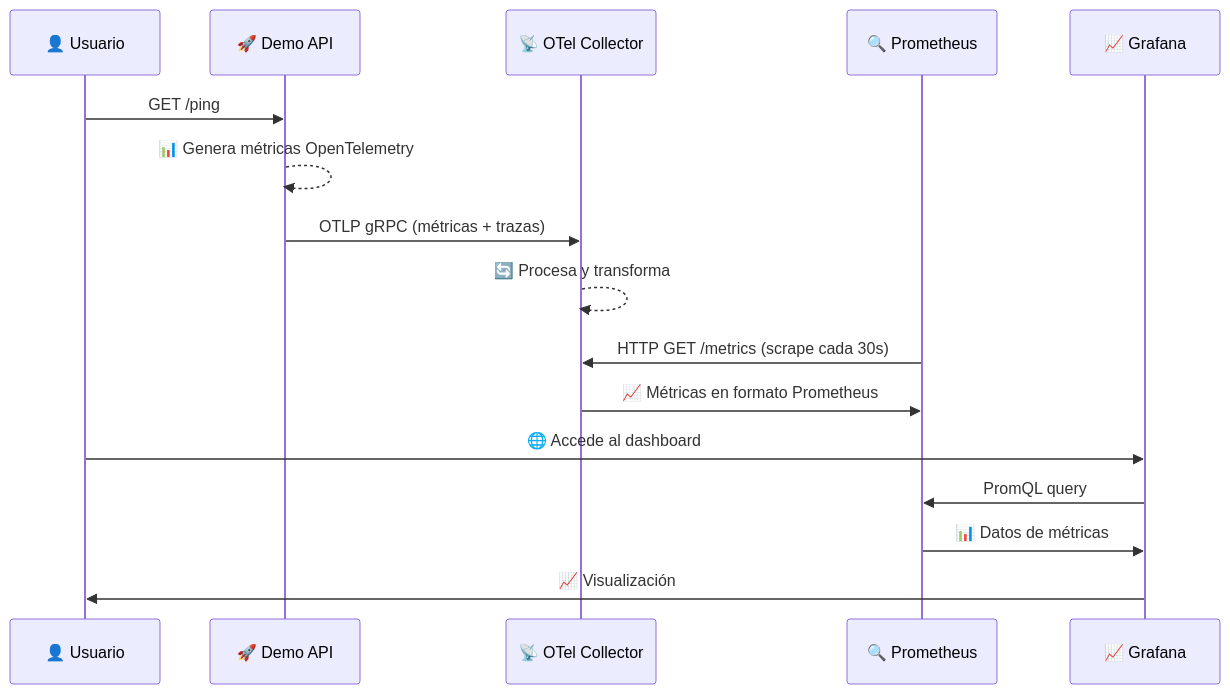
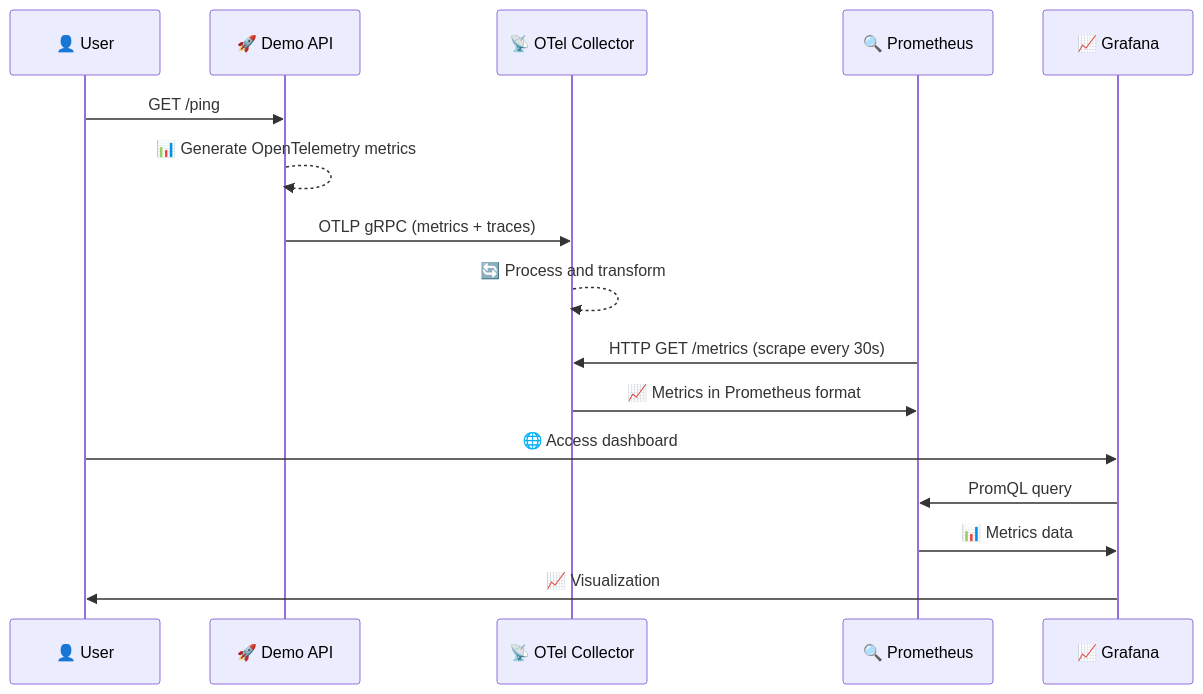
One commit to RubenGomGar/monitoring-workshop changed the second of 4 diagrams in architecture-diagram.md. Above: the diagram before and after it, drawn with Mermaid. The commit also changed other lines of this file and 3 other files, not shown here.

````diff
--- a/architecture-diagram.md
+++ b/architecture-diagram.md
@@ -116,19 +116,19 @@
 ```mermaid
 sequenceDiagram
-    participant User as 👤 Usuario
+    participant User as 👤 User
     participant API as 🚀 Demo API
     participant OTEL as 📡 OTel Collector
     participant PROM as 🔍 Prometheus
     participant GRAF as 📈 Grafana
 
     User->>API: GET /ping
-    API-->>API: 📊 Genera métricas OpenTelemetry
-    API->>OTEL: OTLP gRPC (métricas + trazas)
-    OTEL-->>OTEL: 🔄 Procesa y transforma
-    PROM->>OTEL: HTTP GET /metrics (scrape cada 30s)
-    OTEL->>PROM: 📈 Métricas en formato Prometheus
-    User->>GRAF: 🌐 Accede al dashboard
+    API-->>API: 📊 Generate OpenTelemetry metrics
+    API->>OTEL: OTLP gRPC (metrics + traces)
+    OTEL-->>OTEL: 🔄 Process and transform
+    PROM->>OTEL: HTTP GET /metrics (scrape every 30s)
+    OTEL->>PROM: 📈 Metrics in Prometheus format
+    User->>GRAF: 🌐 Access dashboard
     GRAF->>PROM: PromQL query
-    PROM->>GRAF: 📊 Datos de métricas
-    GRAF->>User: 📈 Visualización
+    PROM->>GRAF: 📊 Metrics data
+    GRAF->>User: 📈 Visualization
 ```
````
